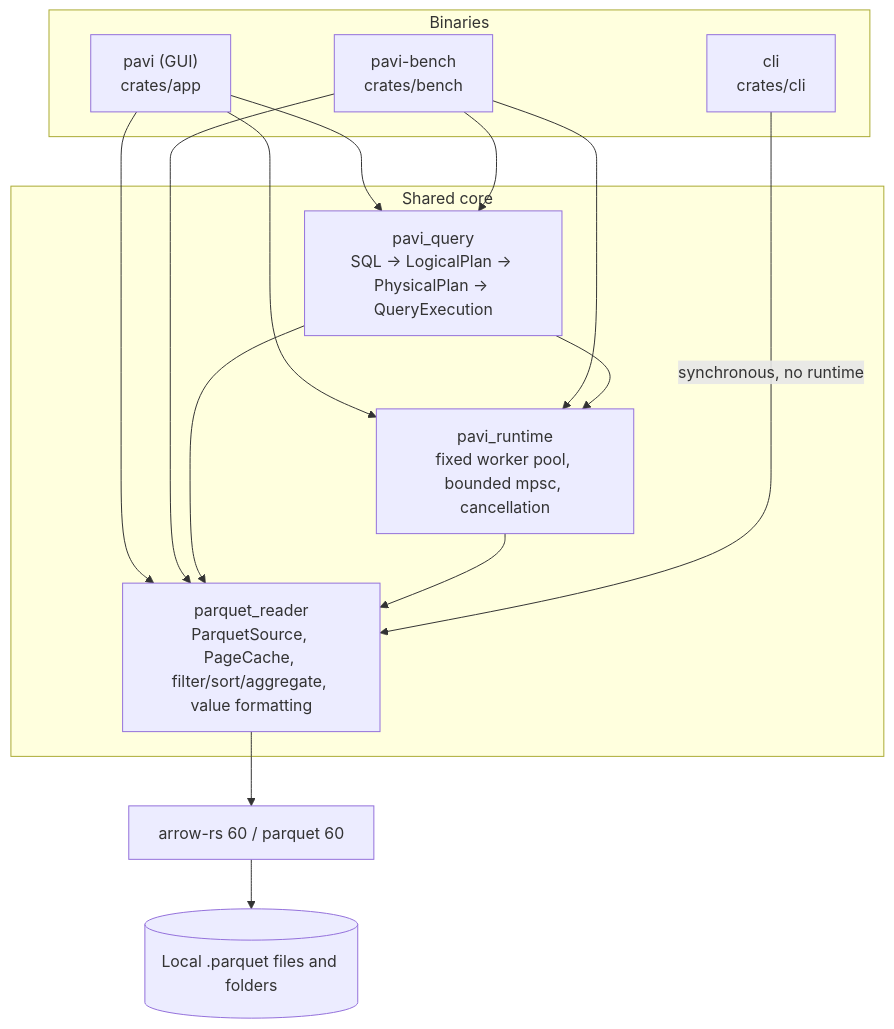
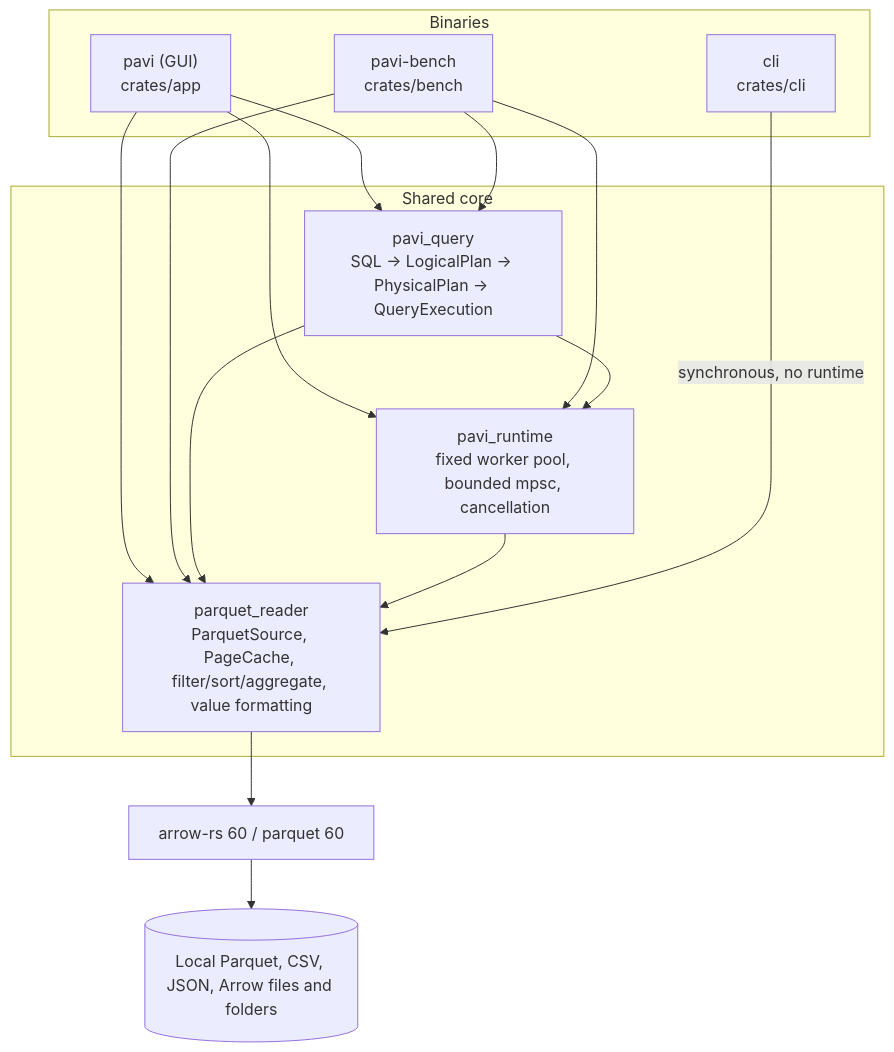
The diagram in docs/ARCHITECTURE.md (elshanhsynv/pavi), drawn with Mermaid before and after one commit. The commit also changed other lines of this file and 33 other files, not shown here.

````diff
--- a/docs/ARCHITECTURE.md
+++ b/docs/ARCHITECTURE.md
@@ -15,27 +15,27 @@
 ```mermaid
 flowchart TB
     subgraph Binaries
         GUI["pavi (GUI)<br/>crates/app"]
         CLI["cli<br/>crates/cli"]
         BENCH["pavi-bench<br/>crates/bench"]
     end
     subgraph Shared core
         QUERY["pavi_query<br/>SQL → LogicalPlan → PhysicalPlan → QueryExecution"]
         RUNTIME["pavi_runtime<br/>fixed worker pool, bounded mpsc, cancellation"]
         PQ["parquet_reader<br/>ParquetSource, PageCache, filter/sort/aggregate, value formatting"]
     end
     ARROW["arrow-rs 60 / parquet 60"]
-    FS[("Local .parquet files and folders")]
+    FS[("Local Parquet, CSV, JSON, Arrow files and folders")]
 
     GUI --> QUERY
     GUI --> RUNTIME
     GUI --> PQ
     BENCH --> QUERY
     BENCH --> RUNTIME
     BENCH --> PQ
     QUERY --> RUNTIME
     QUERY --> PQ
     RUNTIME --> PQ
     CLI -->|"synchronous, no runtime"| PQ
     PQ --> ARROW --> FS
 ```
````
